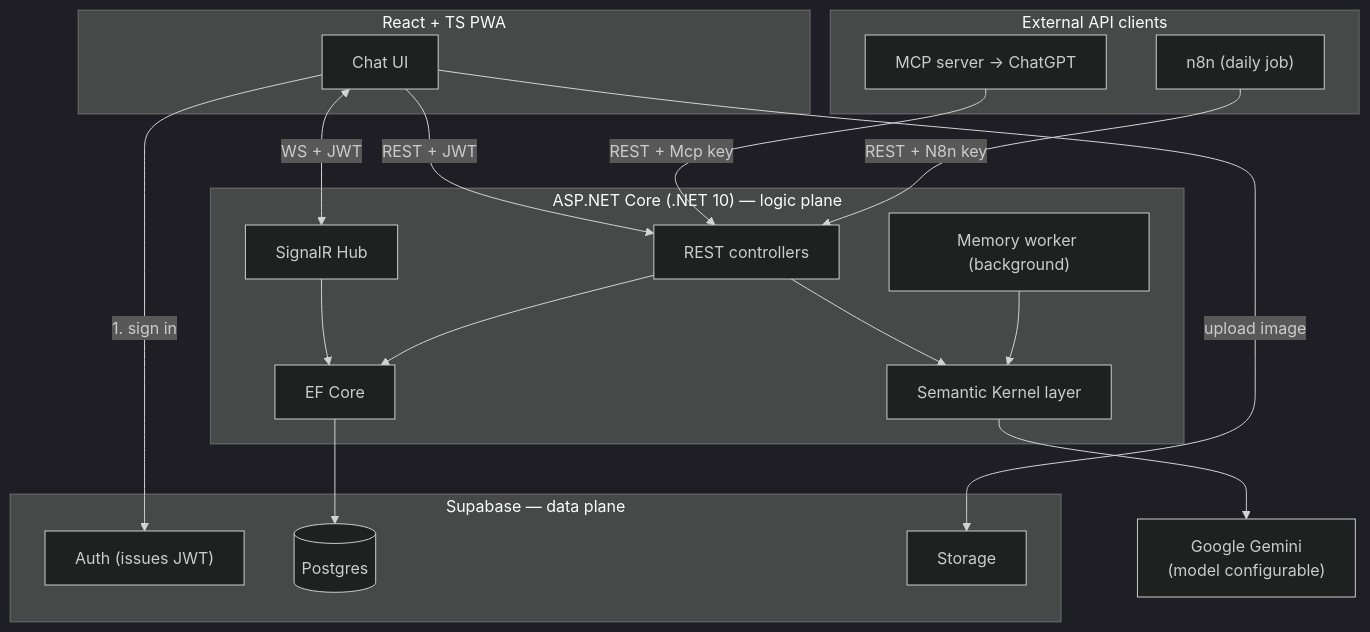
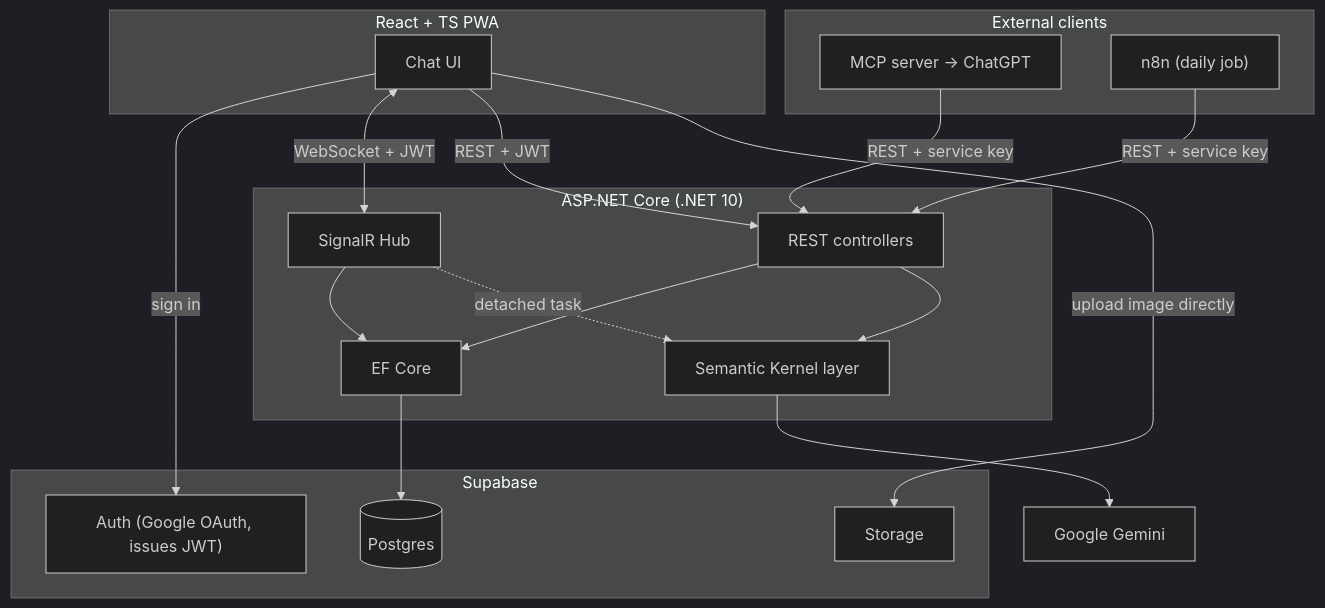
One commit to phanxuanquang/jetomax-assignment changed the first of 5 diagrams in docs/backend-system-design-and-architecture.md. Above: the diagram before and after it, drawn with Mermaid (dark theme). The commit also changed other lines of this file and 5 other files, not shown here.

````diff
--- a/docs/backend-system-design-and-architecture.md
+++ b/docs/backend-system-design-and-architecture.md
@@ -63,35 +55,33 @@
 ```mermaid
 flowchart TB
     subgraph Client["React + TS PWA"]
         FE["Chat UI"]
     end
-    subgraph BE["ASP.NET Core (.NET 10) — logic plane"]
+    subgraph BE["ASP.NET Core (.NET 10)"]
         RT["SignalR Hub"]
         API["REST controllers"]
         SK["Semantic Kernel layer"]
-        WK["Memory worker (background)"]
         DATA["EF Core"]
     end
-    subgraph SB["Supabase — data plane"]
-        AUTH["Auth (issues JWT)"]
+    subgraph SB["Supabase"]
+        AUTH["Auth (Google OAuth, issues JWT)"]
         PG[("Postgres")]
         ST["Storage"]
     end
-    GEM["Google Gemini<br/>(model configurable)"]
-
-    subgraph EXT["External API clients"]
+    GEM["Google Gemini"]
+    subgraph EXT["External clients"]
         MCPS["MCP server → ChatGPT"]
         N8N["n8n (daily job)"]
     end
 
-    FE -->|1. sign in| AUTH
-    FE <-->|WS + JWT| RT
+    FE -->|sign in| AUTH
+    FE <-->|WebSocket + JWT| RT
     FE -->|REST + JWT| API
-    FE -->|upload image| ST
+    FE -->|upload image directly| ST
     RT --> DATA --> PG
     API --> DATA
     API --> SK --> GEM
-    WK --> SK
-    MCPS -->|REST + Mcp key| API
-    N8N -->|REST + N8n key| API
+    RT -.->|detached task| SK
+    MCPS -->|REST + service key| API
+    N8N -->|REST + service key| API
 ```
````
